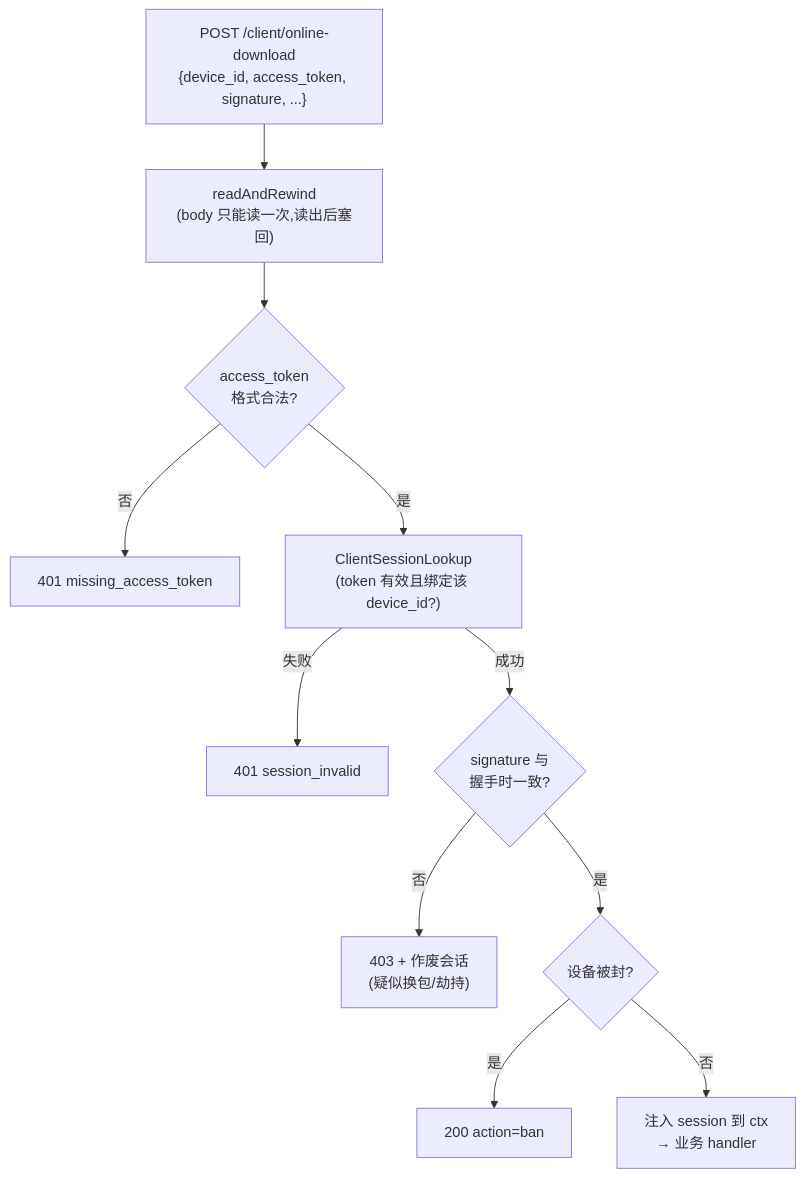
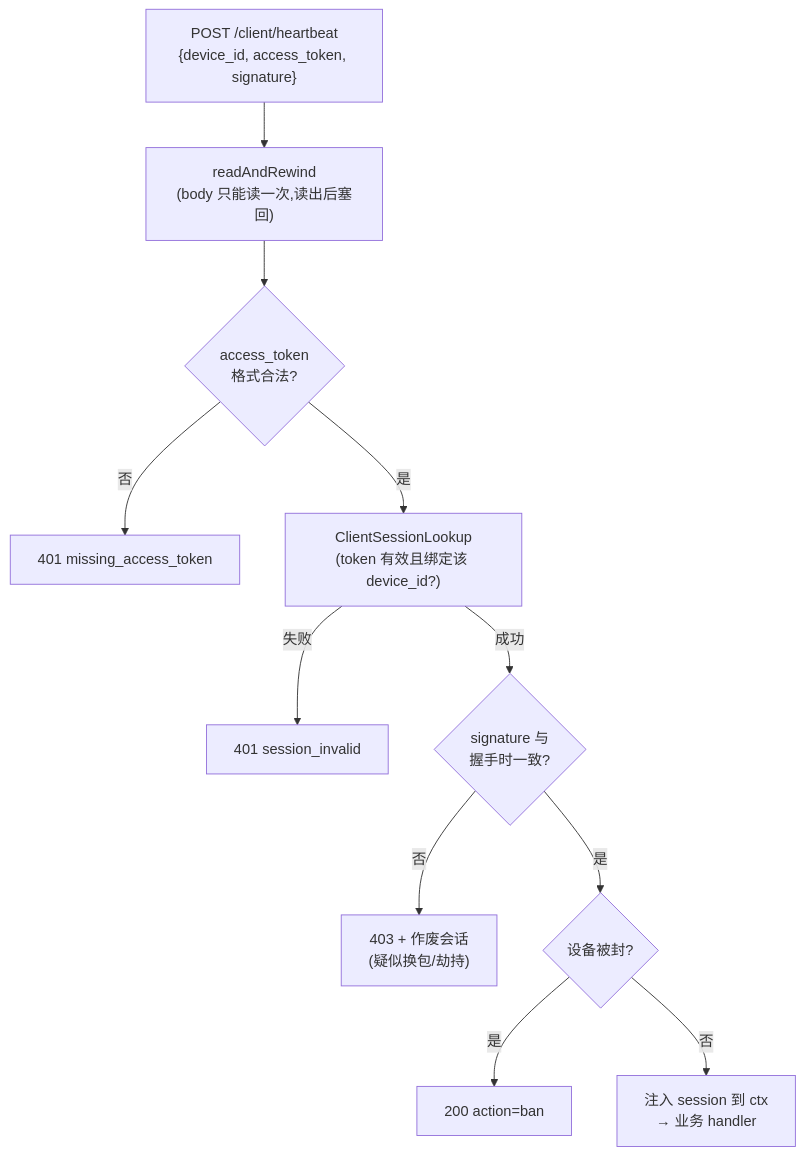
One commit to MagirecoCN-Revival-Project/magireco-cnv-docs changed the fourth of 4 diagrams in server/request-lifecycle.md. Above: the diagram before and after it, drawn with Mermaid. The commit also changed other lines of this file and 25 other files, not shown here.

````diff
--- a/server/request-lifecycle.md
+++ b/server/request-lifecycle.md
@@ -95,14 +95,14 @@
 ```mermaid
 flowchart TB
-    REQ["POST /client/online-download<br/>{device_id, access_token, signature, ...}"]
+    REQ["POST /client/heartbeat<br/>{device_id, access_token, signature}"]
     REQ --> RW["readAndRewind<br/>(body 只能读一次,读出后塞回)"]
     RW --> WF{access_token<br/>格式合法?}
     WF -->|否| E1["401 missing_access_token"]
     WF -->|是| LK["ClientSessionLookup<br/>(token 有效且绑定该 device_id?)"]
     LK -->|失败| E2["401 session_invalid"]
     LK -->|成功| SIG{signature 与<br/>握手时一致?}
     SIG -->|否| E3["403 + 作废会话<br/>(疑似换包/劫持)"]
     SIG -->|是| BAN{设备被封?}
     BAN -->|是| E4["200 action=ban"]
     BAN -->|否| OK["注入 session 到 ctx<br/>→ 业务 handler"]
 ```
````
